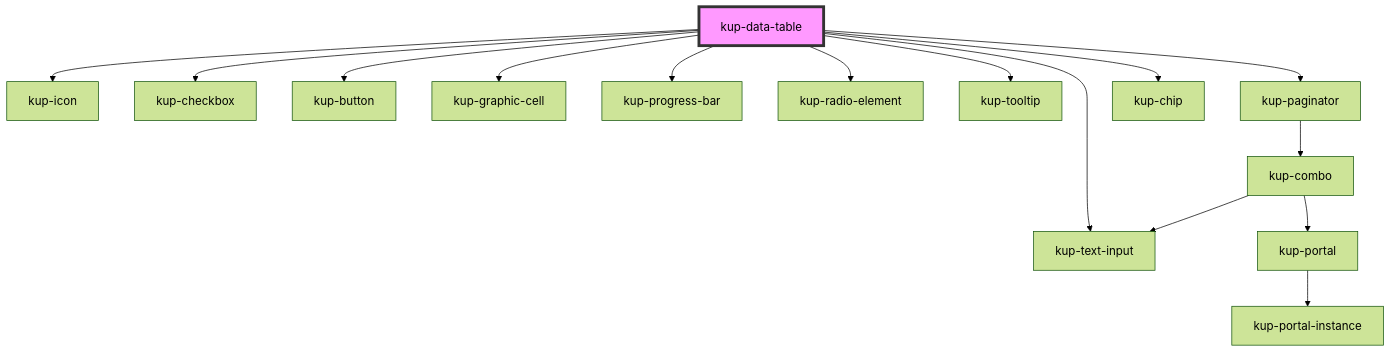
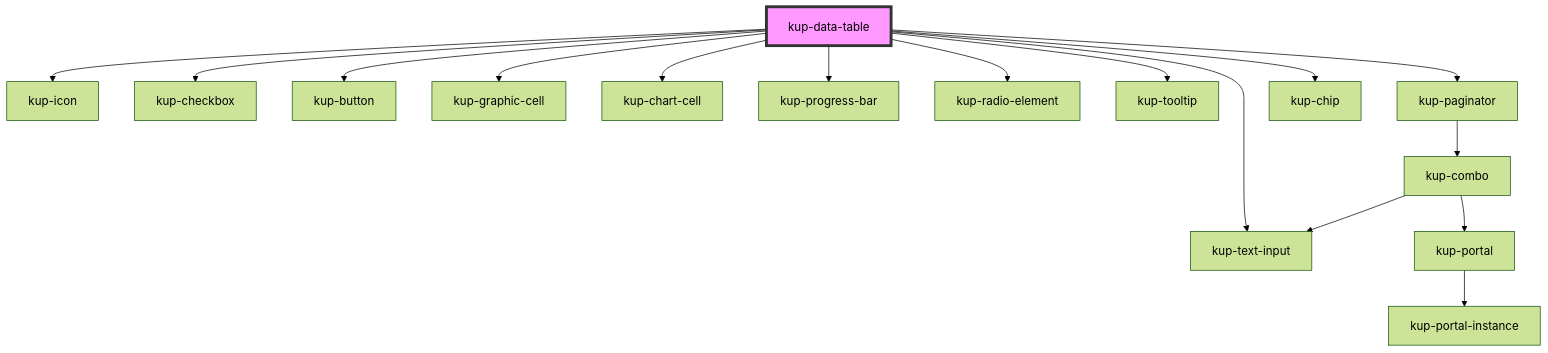
One commit to smeup/ketchup changed the diagram in packages/ketchup/src/components/kup-data-table/readme.md. Above: the diagram before and after it, drawn with Mermaid (forest theme). The commit also changed other lines of this file and 17 other files, not shown here.

Commit message:
gestione kup-chart-cell, appoggiandosi a jquery.sparkline - non definitivo, problemi jquery su document con parti "shadow"

````diff
--- a/packages/ketchup/src/components/kup-data-table/readme.md
+++ b/packages/ketchup/src/components/kup-data-table/readme.md
@@ -158,18 +159,19 @@
 ```mermaid
 graph TD;
   kup-data-table --> kup-text-input
   kup-data-table --> kup-icon
   kup-data-table --> kup-checkbox
   kup-data-table --> kup-button
   kup-data-table --> kup-graphic-cell
+  kup-data-table --> kup-chart-cell
   kup-data-table --> kup-progress-bar
   kup-data-table --> kup-radio-element
   kup-data-table --> kup-tooltip
   kup-data-table --> kup-paginator
   kup-data-table --> kup-chip
   kup-paginator --> kup-combo
   kup-combo --> kup-text-input
   kup-combo --> kup-portal
   kup-portal --> kup-portal-instance
   style kup-data-table fill:#f9f,stroke:#333,stroke-width:4px
 ```
````
